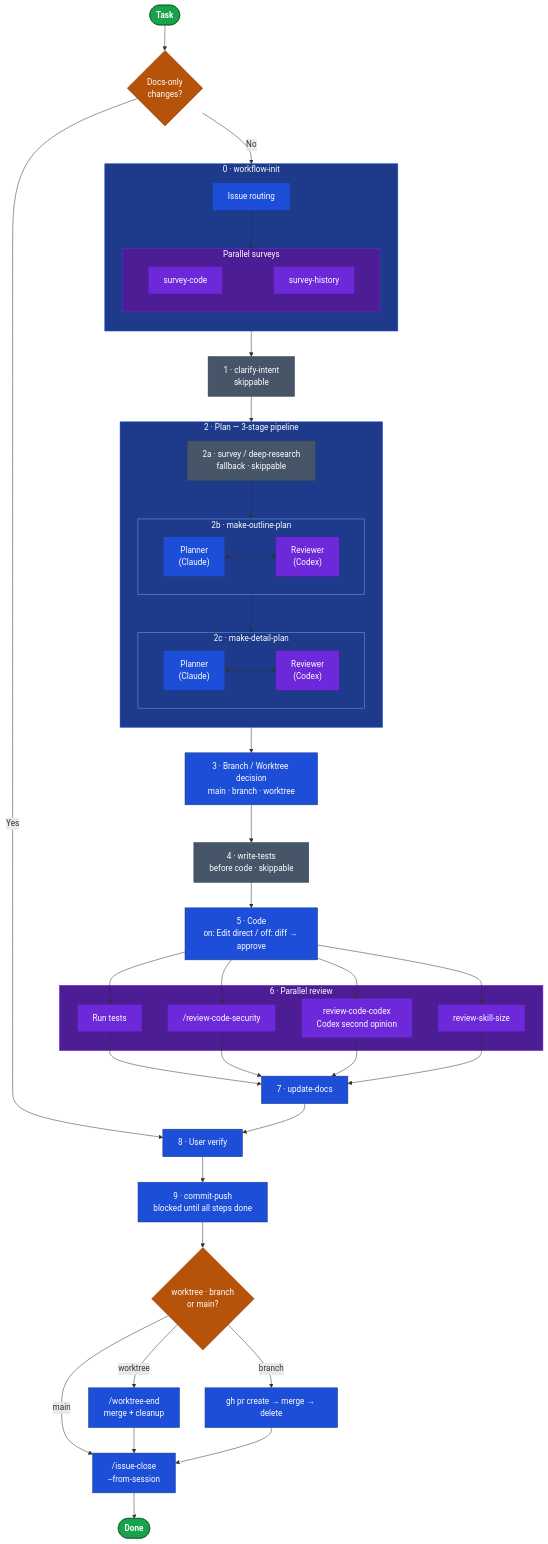
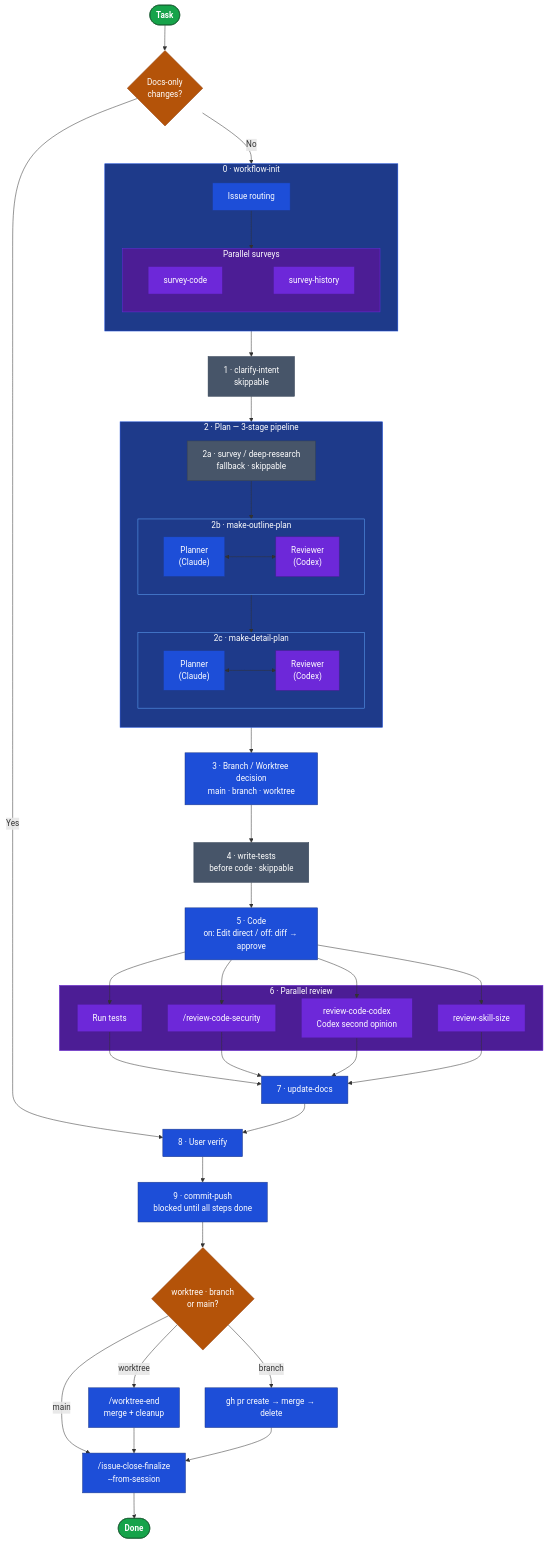
Before and after one commit to nirecom/agents: the diagram in README.md, drawn with Mermaid. The commit also changed 33 other files, not shown here.

First line of the commit message:
feat(#325): split /issue-close into Phase 1 (stage) + Phase 2 (finalize) skills

````diff
--- a/README.md
+++ b/README.md
@@ -23,77 +23,77 @@
 ```mermaid
 flowchart TD
     classDef terminal  fill:#16a34a,stroke:#14532d,color:#fff,font-weight:bold
     classDef decision  fill:#b45309,stroke:#92400e,color:#fff
     classDef skippable fill:#475569,stroke:#334155,color:#fff
     classDef required  fill:#1d4ed8,stroke:#1e3a8a,color:#fff
     classDef parallel  fill:#6d28d9,stroke:#4c1d95,color:#fff
 
     Task([Task]) --> DocCheck{Docs-only<br/>changes?}
     DocCheck -- Yes --> UV["8 · User verify"]
     DocCheck -- No  --> S0_sg
 
     subgraph S0_sg["0 · workflow-init"]
         direction TB
         S0_R["Issue routing"]
         subgraph S0_surv["Parallel surveys"]
             direction LR
             S0_SC["survey-code"] ~~~ S0_SH["survey-history"]
         end
         S0_R --> S0_surv
     end
 
     S0_sg --> S1["1 · clarify-intent<br/>skippable"]
     S1  --> P2a
 
     subgraph Plan["2 · Plan  —  3-stage pipeline"]
         direction TB
         P2a["2a · survey / deep-research<br/>fallback · skippable"] --> P2b_sg
         subgraph P2b_sg["2b · make-outline-plan"]
             direction LR
             P2b_L["Planner<br/>(Claude)"] <--> P2b_R["Reviewer<br/>(Codex)"]
         end
         P2b_sg --> P2c_sg
         subgraph P2c_sg["2c · make-detail-plan"]
             direction LR
             P2c_L["Planner<br/>(Claude)"] <--> P2c_R["Reviewer<br/>(Codex)"]
         end
     end
 
     Plan --> S3["3 · Branch / Worktree decision<br/>main · branch · worktree"]
     S3   --> S4["4 · write-tests<br/>before code · skippable"]
     S4   --> S5["5 · Code<br/>on: Edit direct / off: diff → approve"]
 
     S5 --> S6a & S6b & S6c & S6d
 
     subgraph Review["6 · Parallel review"]
         S6a["Run tests"]
         S6b["/review-code-security"]
         S6c["review-code-codex<br/>Codex second opinion"]
         S6d["review-skill-size"]
     end
 
     S6a & S6b & S6c & S6d --> S7["7 · update-docs"]
     S7 --> UV
     UV --> S9["9 · commit-push<br/>blocked until all steps done"]
 
     S9 --> Cleanup{worktree · branch<br/>or main?}
     Cleanup -- worktree --> WE["/worktree-end<br/>merge + cleanup"]
     Cleanup -- branch   --> PR["gh pr create → merge → delete"]
-    Cleanup -- main     --> IC["/issue-close<br/>--from-session"]
+    Cleanup -- main     --> IC["/issue-close-finalize<br/>--from-session"]
     WE --> IC
     PR --> IC
     IC --> Done([Done])
 
     style S0_sg  fill:#1e3a8a,stroke:#1d4ed8,color:#fff
     style S0_surv fill:#4c1d95,stroke:#6d28d9,color:#fff
     style Plan   fill:#1e3a8a,stroke:#1d4ed8,color:#fff
     style P2b_sg fill:#1e3a8a,stroke:#60a5fa,color:#fff
     style P2c_sg fill:#1e3a8a,stroke:#60a5fa,color:#fff
     style Review fill:#4c1d95,stroke:#6d28d9,color:#fff
 
     class Task,Done terminal
     class DocCheck,Cleanup decision
     class S1,P2a,S4 skippable
     class P2b_L,P2c_L,S0_R,S3,S5,S7,UV,S9,WE,PR,IC required
     class P2b_R,P2c_R,S0_SC,S0_SH,S6a,S6b,S6c,S6d parallel
 ```
````
